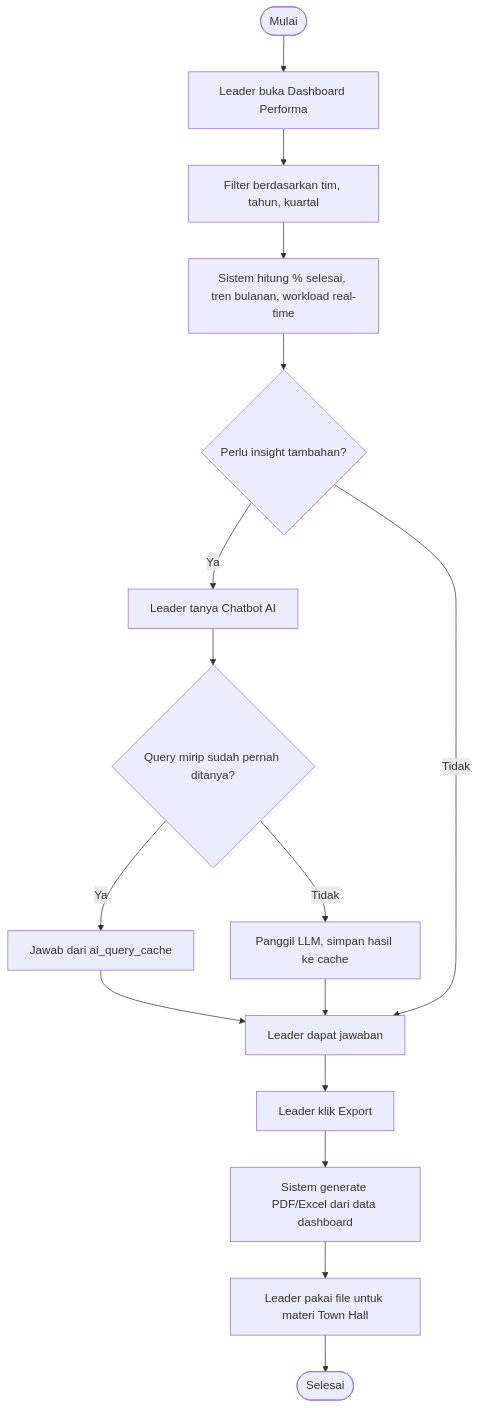
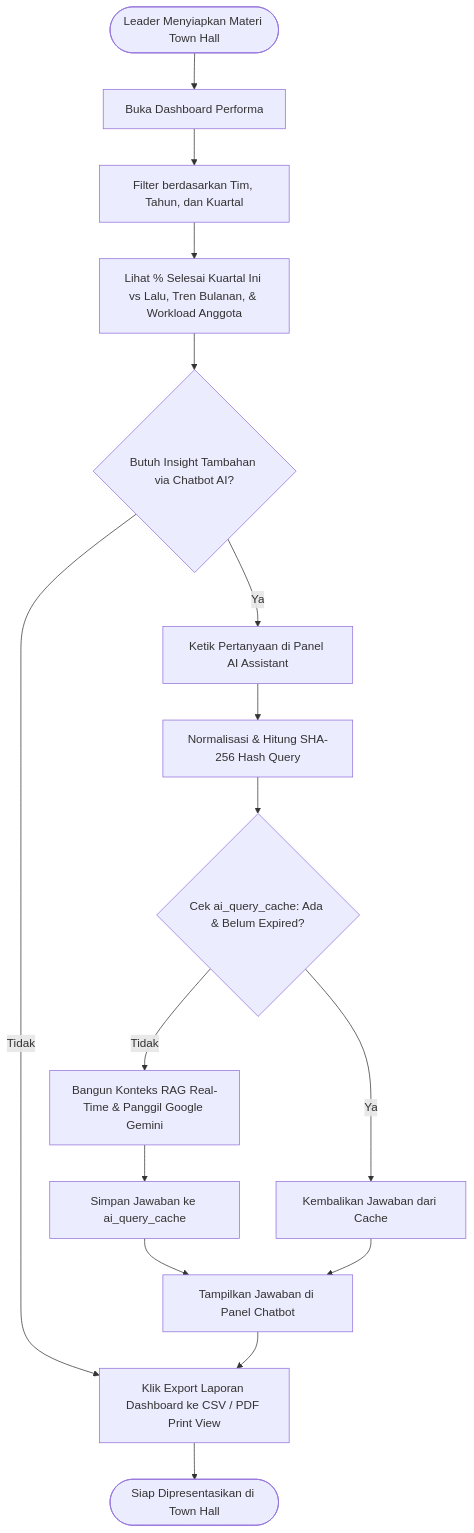
Before and after one commit to liv-lauflove/workhub: the fifth of 7 diagrams in docs/diagram.md, drawn with Mermaid. The commit also changed other lines of this file and 9 other files, not shown here.

Commit message:
docs(architecture): update technical documentation, database schema, and system diagrams

````diff
--- a/docs/diagram.md
+++ b/docs/diagram.md
@@ -252,18 +339,20 @@
 ```mermaid
 flowchart TD
-    A([Mulai]) --> B[Leader buka Dashboard Performa]
-    B --> C[Filter berdasarkan tim, tahun, kuartal]
-    C --> D[Sistem hitung % selesai, tren bulanan, workload real-time]
-    D --> E{Perlu insight tambahan?}
-    E -- Ya --> F[Leader tanya Chatbot AI]
-    F --> G{Query mirip sudah pernah ditanya?}
-    G -- Ya --> H[Jawab dari ai_query_cache]
-    G -- Tidak --> I[Panggil LLM, simpan hasil ke cache]
-    H --> J[Leader dapat jawaban]
-    I --> J
-    E -- Tidak --> J
-    J --> K[Leader klik Export]
-    K --> L[Sistem generate PDF/Excel dari data dashboard]
-    L --> M[Leader pakai file untuk materi Town Hall]
-    M --> N([Selesai])
+    Start([Leader Menyiapkan Materi Town Hall]) --> OpenDash[Buka Dashboard Performa]
+    OpenDash --> FilterDash[Filter berdasarkan Tim, Tahun, dan Kuartal]
+    FilterDash --> ViewMetrics[Lihat % Selesai Kuartal Ini vs Lalu, Tren Bulanan, & Workload Anggota]
+
+    ViewMetrics --> AskAI{Butuh Insight Tambahan via Chatbot AI?}
+    AskAI -- Ya --> InputQuery[Ketik Pertanyaan di Panel AI Assistant]
+    InputQuery --> HashQuery[Normalisasi & Hitung SHA-256 Hash Query]
+    HashQuery --> CheckCache{Cek ai_query_cache: Ada & Belum Expired?}
+    CheckCache -- Ya --> ReturnCached[Kembalikan Jawaban dari Cache]
+    CheckCache -- Tidak --> CallLLM[Bangun Konteks RAG Real-Time & Panggil Google Gemini]
+    CallLLM --> SaveCache[Simpan Jawaban ke ai_query_cache]
+    SaveCache --> ShowResponse[Tampilkan Jawaban di Panel Chatbot]
+    ReturnCached --> ShowResponse
+
+    AskAI -- Tidak --> ExportReport[Klik Export Laporan Dashboard ke CSV / PDF Print View]
+    ShowResponse --> ExportReport
+    ExportReport --> End([Siap Dipresentasikan di Town Hall])
 ```
````
